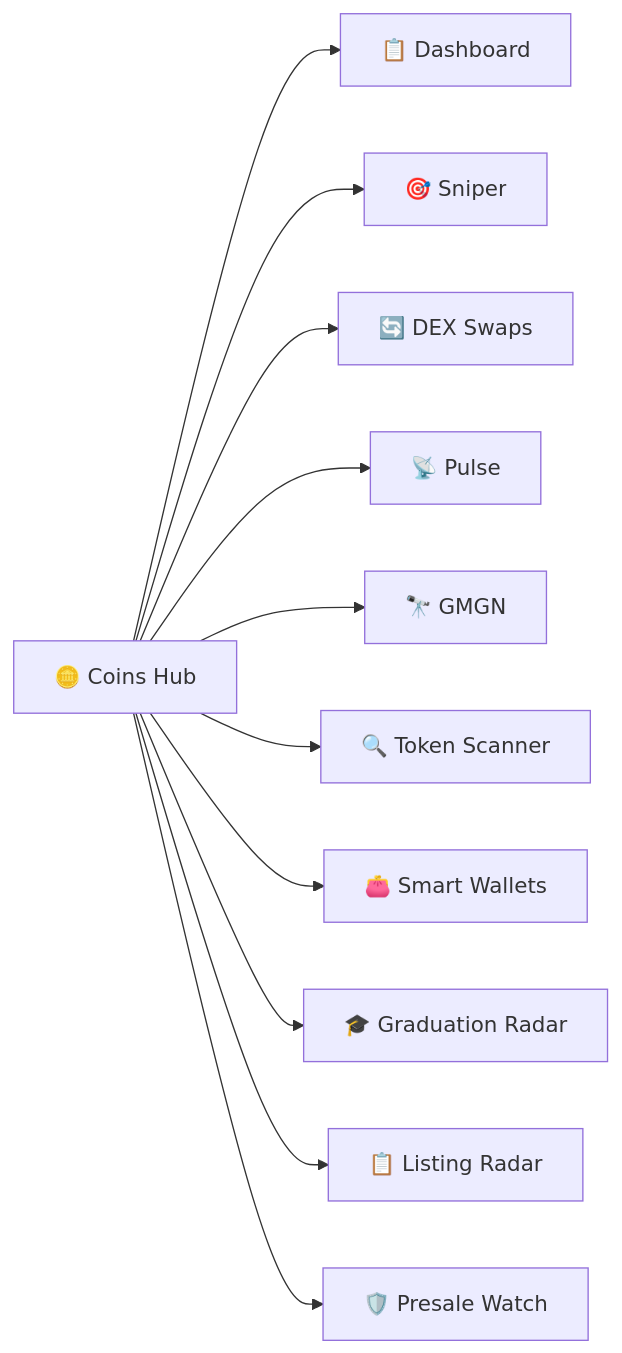
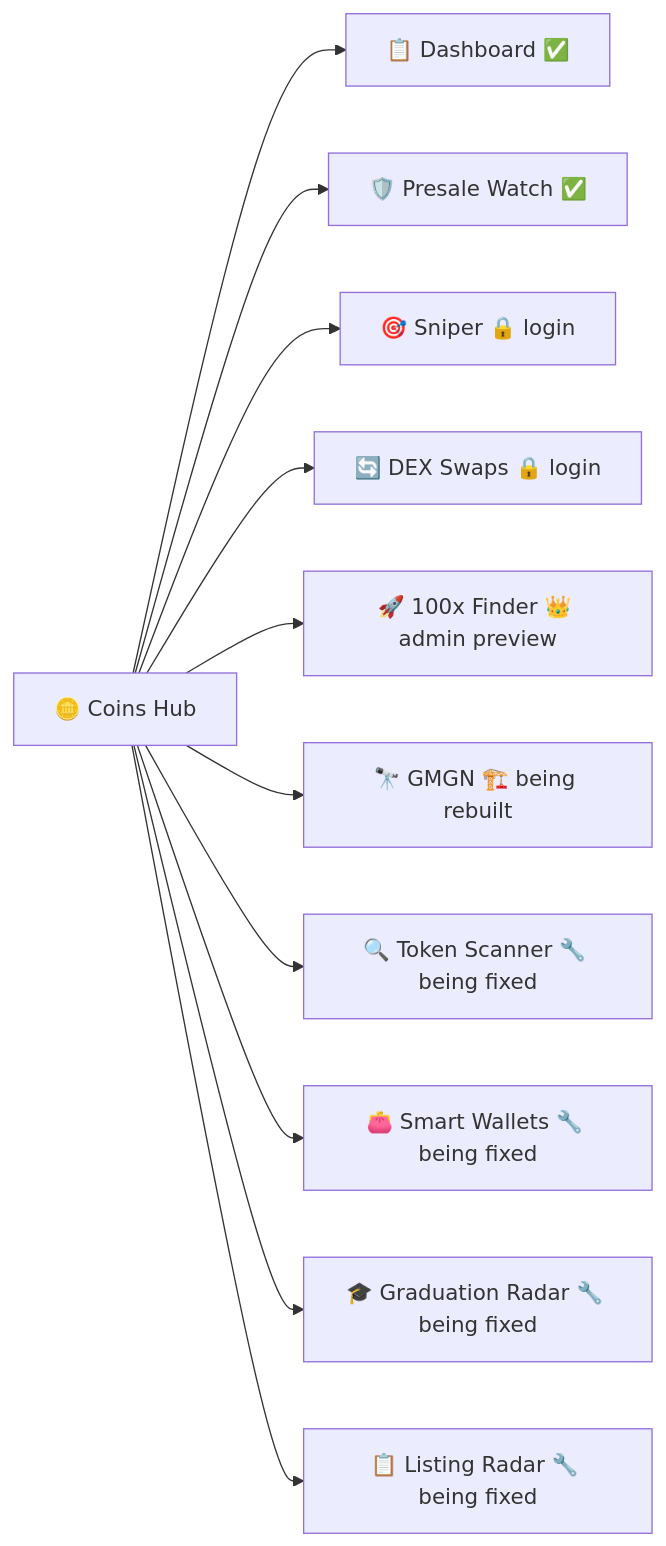
Before and after one commit to formionai/docs: the diagram in coins-hub.md, drawn with Mermaid. The commit also changed other lines of this file and 14 other files, not shown here.

Commit message:
docs: rewrite Coins Hub page for the new Dashboard (status table, real screenshots, new screen recording)

````diff
--- a/coins-hub.md
+++ b/coins-hub.md
@@ -11,13 +26,13 @@
 ```mermaid
 flowchart LR
-  CH["🪙 Coins Hub"] --> OV["📋 Dashboard"]
-  CH --> SN["🎯 Sniper"]
-  CH --> DX["🔄 DEX Swaps"]
-  CH --> PU["📡 Pulse"]
-  CH --> GM["🔭 GMGN"]
-  CH --> TS["🔍 Token Scanner"]
-  CH --> SW["👛 Smart Wallets"]
-  CH --> GR["🎓 Graduation Radar"]
-  CH --> LR["📋 Listing Radar"]
-  CH --> PW["🛡️ Presale Watch"]
+  CH["🪙 Coins Hub"] --> DB["📋 Dashboard ✅"]
+  CH --> PW["🛡️ Presale Watch ✅"]
+  CH --> SN["🎯 Sniper 🔒 login"]
+  CH --> DX["🔄 DEX Swaps 🔒 login"]
+  CH --> HX["🚀 100x Finder 👑 admin preview"]
+  CH --> GM["🔭 GMGN 🏗️ being rebuilt"]
+  CH --> TS["🔍 Token Scanner 🔧 being fixed"]
+  CH --> SW["👛 Smart Wallets 🔧 being fixed"]
+  CH --> GR["🎓 Graduation Radar 🔧 being fixed"]
+  CH --> LR["📋 Listing Radar 🔧 being fixed"]
 ```
````
